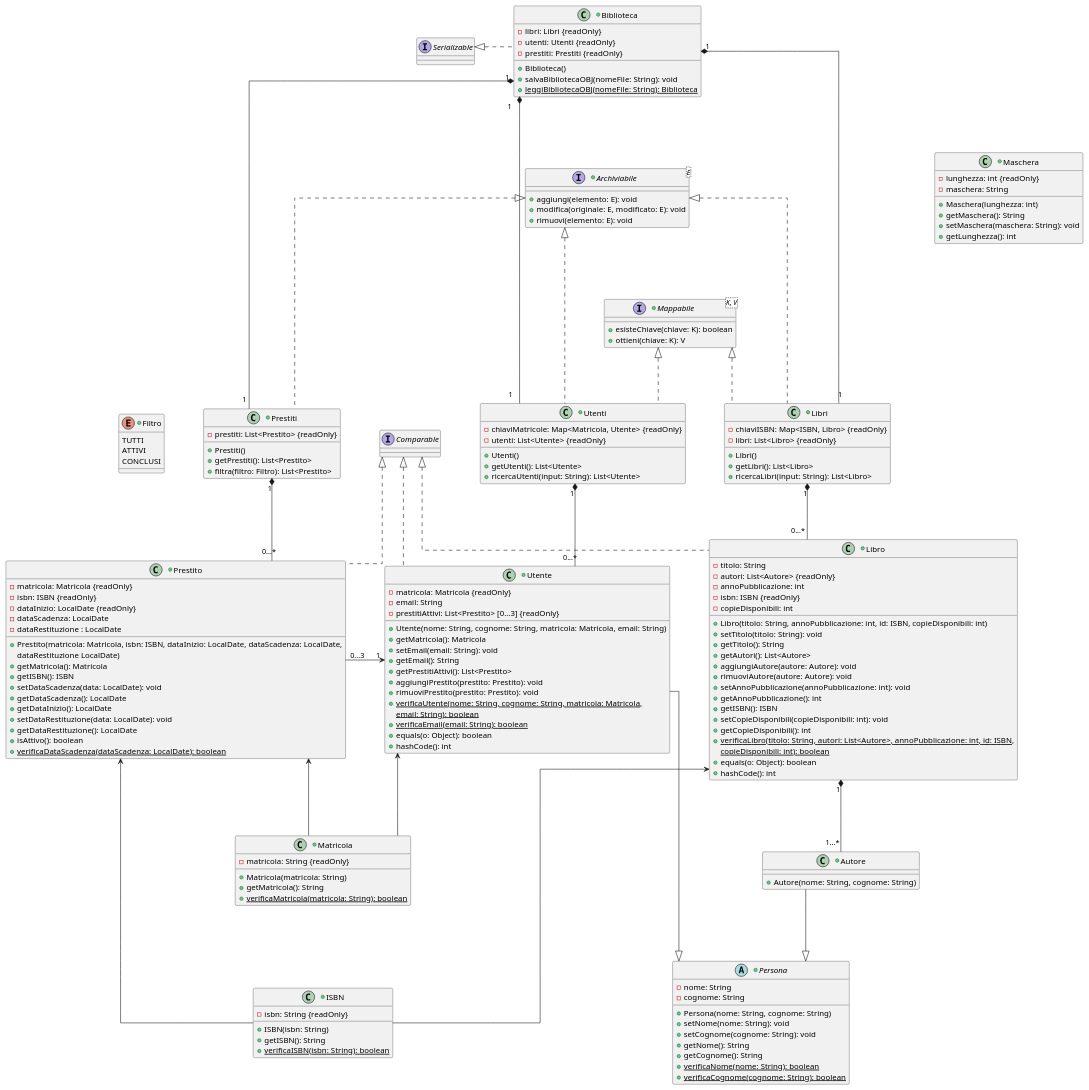
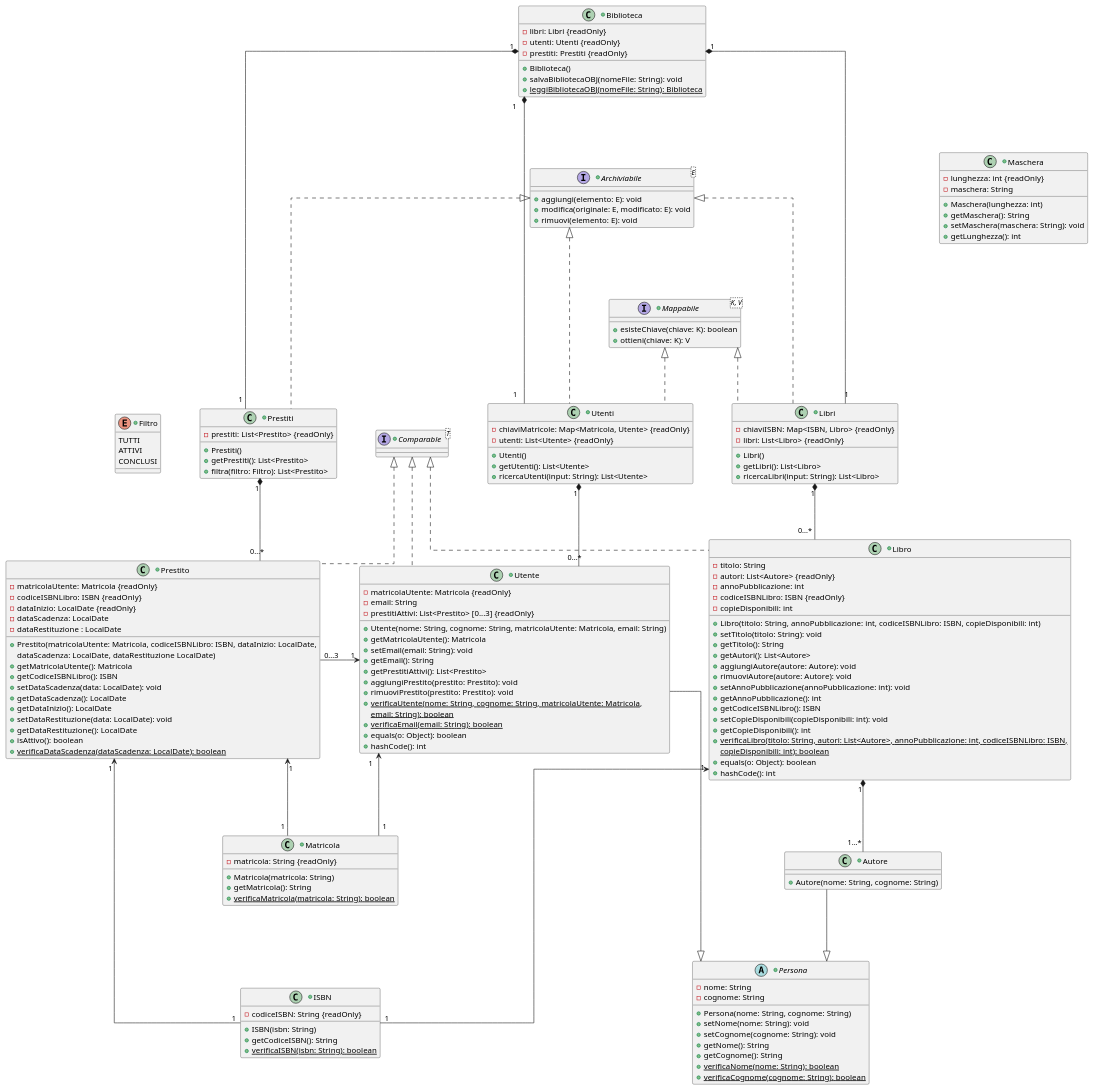
One commit to TitanVoid/ProgSE-Biblioteca changed the diagram in documents/DiagrammiUML/classdiagram.puml. Above: the diagram before and after it, drawn with PlantUML. The commit also changed 1 other file, not shown here.

Commit message:
Correzione diagramma delle classi

```diff
--- a/documents/DiagrammiUML/classdiagram.puml
+++ b/documents/DiagrammiUML/classdiagram.puml
@@ -15,7 +15,7 @@
 }
 
 
-+class Biblioteca implements Serializable {
++class Biblioteca {
 -libri: Libri {readOnly}
 -utenti: Utenti {readOnly}
 -prestiti: Prestiti {readOnly}
@@ -62,19 +62,19 @@
 }
 
 
-+class Utente implements Comparable {
--matricola: Matricola {readOnly}
++class Utente implements Comparable<T> {
+-matricolaUtente: Matricola {readOnly}
 -email: String
 -prestitiAttivi: List<Prestito> [0...3] {readOnly}
 
-+Utente(nome: String, cognome: String, matricola: Matricola, email: String)
-+getMatricola(): Matricola
++Utente(nome: String, cognome: String, matricolaUtente: Matricola, email: String)
++getMatricolaUtente(): Matricola
 +setEmail(email: String): void
 +getEmail(): String
 +getPrestitiAttivi(): List<Prestito>
 +aggiungiPrestito(prestito: Prestito): void
 +rimuoviPrestito(prestito: Prestito): void
-+verificaUtente(nome: String, cognome: String, matricola: Matricola, {static} 
++verificaUtente(nome: String, cognome: String, matricolaUtente: Matricola, {static} 
 email: String): boolean {static}
 +verificaEmail(email: String): boolean {static} 
 +equals(o: Object): boolean
@@ -82,14 +82,14 @@
 }
 
 
-+class Libro implements Comparable {
++class Libro implements Comparable<T> {
 -titolo: String
 -autori: List<Autore> {readOnly}
 -annoPubblicazione: int 
--isbn: ISBN {readOnly}
+-codiceISBNLibro: ISBN {readOnly}
 -copieDisponibili: int 
 
-+Libro(titolo: String, annoPubblicazione: int, id: ISBN, copieDisponibili: int)
++Libro(titolo: String, annoPubblicazione: int, codiceISBNLibro: ISBN, copieDisponibili: int)
 +setTitolo(titolo: String): void
 +getTitolo(): String
 +getAutori(): List<Autore>
@@ -97,27 +97,27 @@
 +rimuoviAutore(autore: Autore): void
 +setAnnoPubblicazione(annoPubblicazione: int): void
 +getAnnoPubblicazione(): int
-+getISBN(): ISBN
++getCodiceISBNLibro(): ISBN
 +setCopieDisponibili(copieDisponibili: int): void
 +getCopieDisponibili(): int
-+verificaLibro(titolo: String, autori: List<Autore>, annoPubblicazione: int, id: ISBN, {static}
++verificaLibro(titolo: String, autori: List<Autore>, annoPubblicazione: int, codiceISBNLibro: ISBN, {static}
 copieDisponibili: int): boolean {static}
 +equals(o: Object): boolean
 +hashCode(): int
 }
 
 
-+class Prestito implements Comparable {
--matricola: Matricola {readOnly}
--isbn: ISBN {readOnly}
++class Prestito implements Comparable<T> {
+-matricolaUtente: Matricola {readOnly}
+-codiceISBNLibro: ISBN {readOnly}
 -dataInizio: LocalDate {readOnly}
 -dataScadenza: LocalDate 
 -dataRestituzione : LocalDate
 
-+Prestito(matricola: Matricola, isbn: ISBN, dataInizio: LocalDate, dataScadenza: LocalDate,
-dataRestituzione LocalDate)
-+getMatricola(): Matricola
-+getISBN(): ISBN
++Prestito(matricolaUtente: Matricola, codiceISBNLibro: ISBN, dataInizio: LocalDate,
+dataScadenza: LocalDate, dataRestituzione LocalDate)
++getMatricolaUtente(): Matricola
++getCodiceISBNLibro(): ISBN
 +setDataScadenza(data: LocalDate): void
 +getDataScadenza(): LocalDate
 +getDataInizio(): LocalDate 
@@ -157,10 +157,10 @@
 
 
 +class ISBN {
--isbn: String {readOnly}
+-codiceISBN: String {readOnly}
 
 +ISBN(isbn: String)
-+getISBN(): String
++getCodiceISBN(): String
 +verificaISBN(isbn: String): boolean {static}
 }
 
@@ -183,13 +183,15 @@
 }
 
 
++interface Comparable<T> {
+}
+
+
 
 
 '------------------------------------------LAYOUT------------------------------------------
 
 Biblioteca -[hidden]-> Archiviabile
-Biblioteca -[hidden]> Serializable
-
 
 Archiviabile -[hidden]> Mappabile
 
@@ -215,7 +217,7 @@
 
 Biblioteca "1" *--- "1" Utenti
 Biblioteca "1" *-- "1" Libri
-Biblioteca "1" *-- "1" Prestiti
+Biblioteca "1" *-- "1" Prestiti 
 
 Utenti "1" *-- "0...*" Utente
 Libri "1" *-- "0...*" Libro
@@ -228,11 +230,11 @@
 Utente -|> Persona
 Autore -down-|> Persona
 
-Libro <-down- ISBN
-Prestito <-down- ISBN
+Libro "1" <-down- "1" ISBN
+Prestito "1" <-down- "1" ISBN
 
-Utente <-- Matricola
-Prestito <-- Matricola
+Utente "1" <-- "1" Matricola
+Prestito "1" <-- "1" Matricola
 
 Mappabile <|.down. Utenti
 Mappabile <|.down. Libri
```
